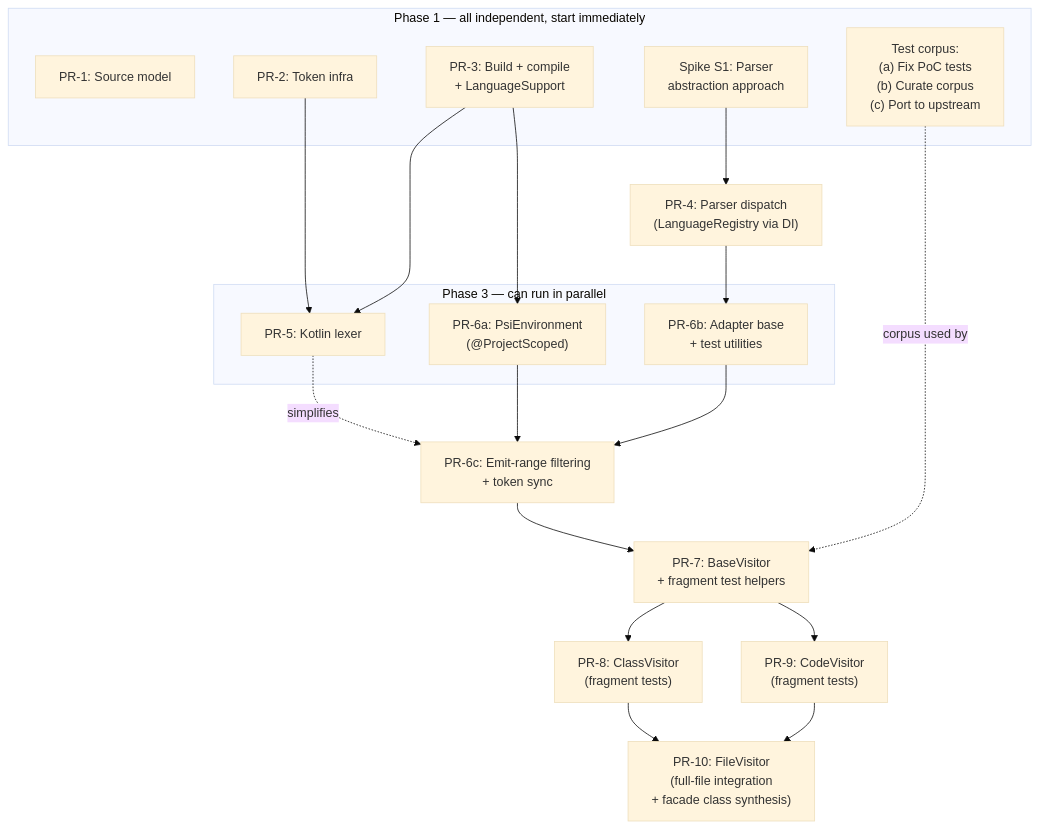
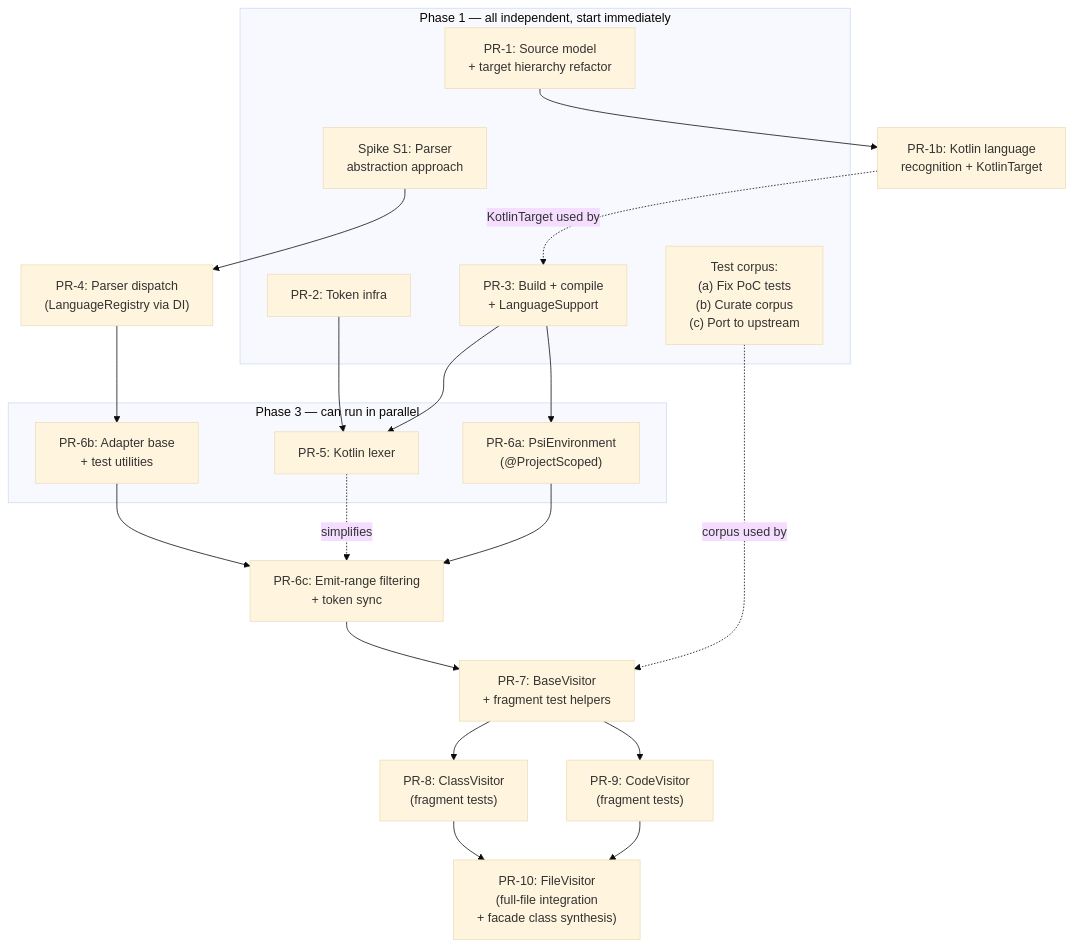
The diagram in docs/upstreaming/README.md (jaen/BlueJ-Greenfoot), drawn with Mermaid (base theme) before and after one commit. The commit also changed other lines of this file and 3 other files, not shown here.

````diff
--- a/docs/upstreaming/README.md
+++ b/docs/upstreaming/README.md
@@ -28,36 +28,39 @@
 ```mermaid
 graph TD
     subgraph phase1["Phase 1 — all independent, start immediately"]
-        PR1["PR-1: Source model"]
+        PR1["PR-1: Source model\n+ target hierarchy refactor"]
         PR2["PR-2: Token infra"]
         PR3["PR-3: Build + compile\n+ LanguageSupport"]
         S1["Spike S1: Parser\nabstraction approach"]
         TC["Test corpus:\n(a) Fix PoC tests\n(b) Curate corpus\n(c) Port to upstream"]
     end
+
+    PR1 --> PR1b["PR-1b: Kotlin language\nrecognition + KotlinTarget"]
 
     S1 --> PR4["PR-4: Parser dispatch\n(LanguageRegistry via DI)"]
 
     subgraph phase3["Phase 3 — can run in parallel"]
         PR5["PR-5: Kotlin lexer"]
         PR6a["PR-6a: PsiEnvironment\n(@ProjectScoped)"]
         PR6b["PR-6b: Adapter base\n+ test utilities"]
     end
 
     PR2 --> PR5
     PR3 --> PR5
     PR3 --> PR6a
     PR4 --> PR6b
+    PR1b -.->|KotlinTarget used by| PR3
 
     PR6a --> PR6c["PR-6c: Emit-range filtering\n+ token sync"]
     PR6b --> PR6c
     PR5 -.->|simplifies| PR6c
 
     PR6c --> PR7["PR-7: BaseVisitor\n+ fragment test helpers"]
     TC -.->|corpus used by| PR7
 
     PR7 --> PR8["PR-8: ClassVisitor\n(fragment tests)"]
     PR7 --> PR9["PR-9: CodeVisitor\n(fragment tests)"]
 
     PR8 --> PR10["PR-10: FileVisitor\n(full-file integration\n+ facade class synthesis)"]
     PR9 --> PR10
 ```
````
